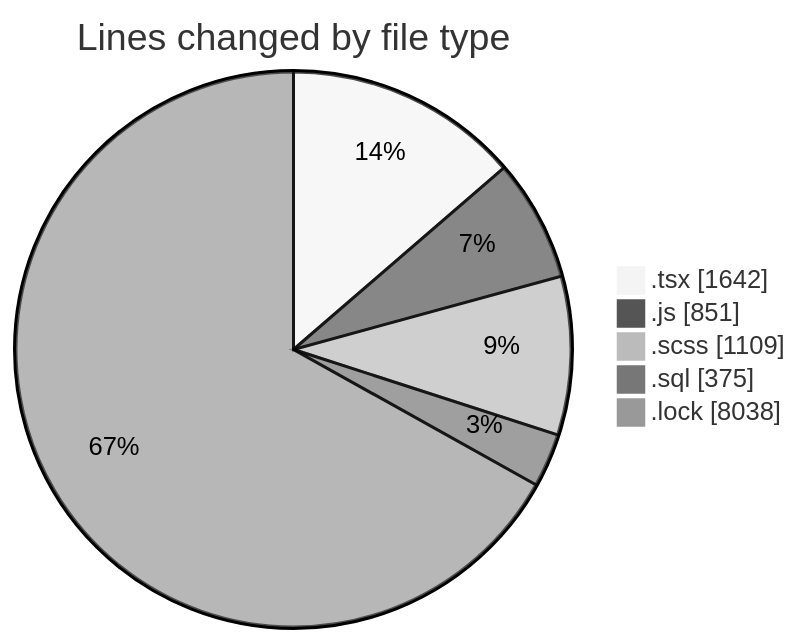
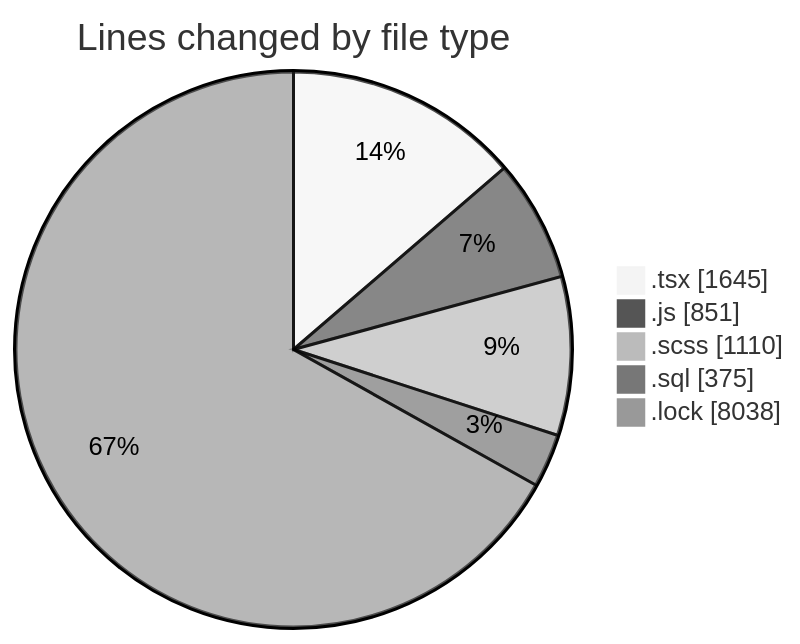
The first of 2 diagrams in 2025-03-18/cda/README.md (momahboobian/code-tracking), drawn with Mermaid (neutral theme) before and after one commit. The commit also changed other lines of this file and 1 other file, not shown here.

````diff
--- a/2025-03-18/cda/README.md
+++ b/2025-03-18/cda/README.md
@@ -32,9 +32,9 @@
 ```mermaid
 pie showData
 title Lines changed by file type
-".tsx" : 1642
+".tsx" : 1645
 ".js" : 851
-".scss" : 1109
+".scss" : 1110
 ".sql" : 375
 ".lock" : 8038
 ```
````
